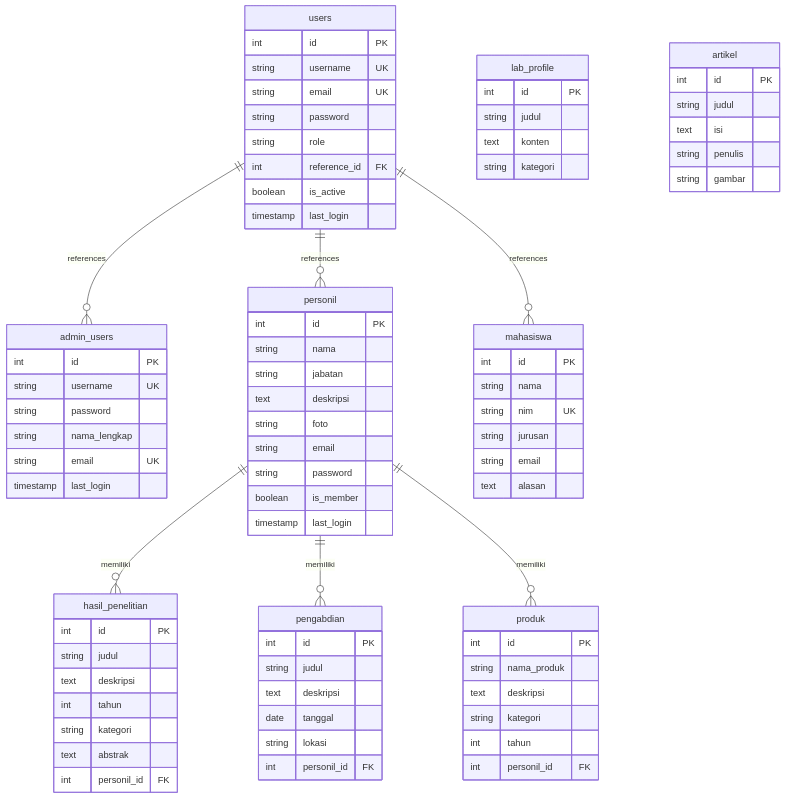
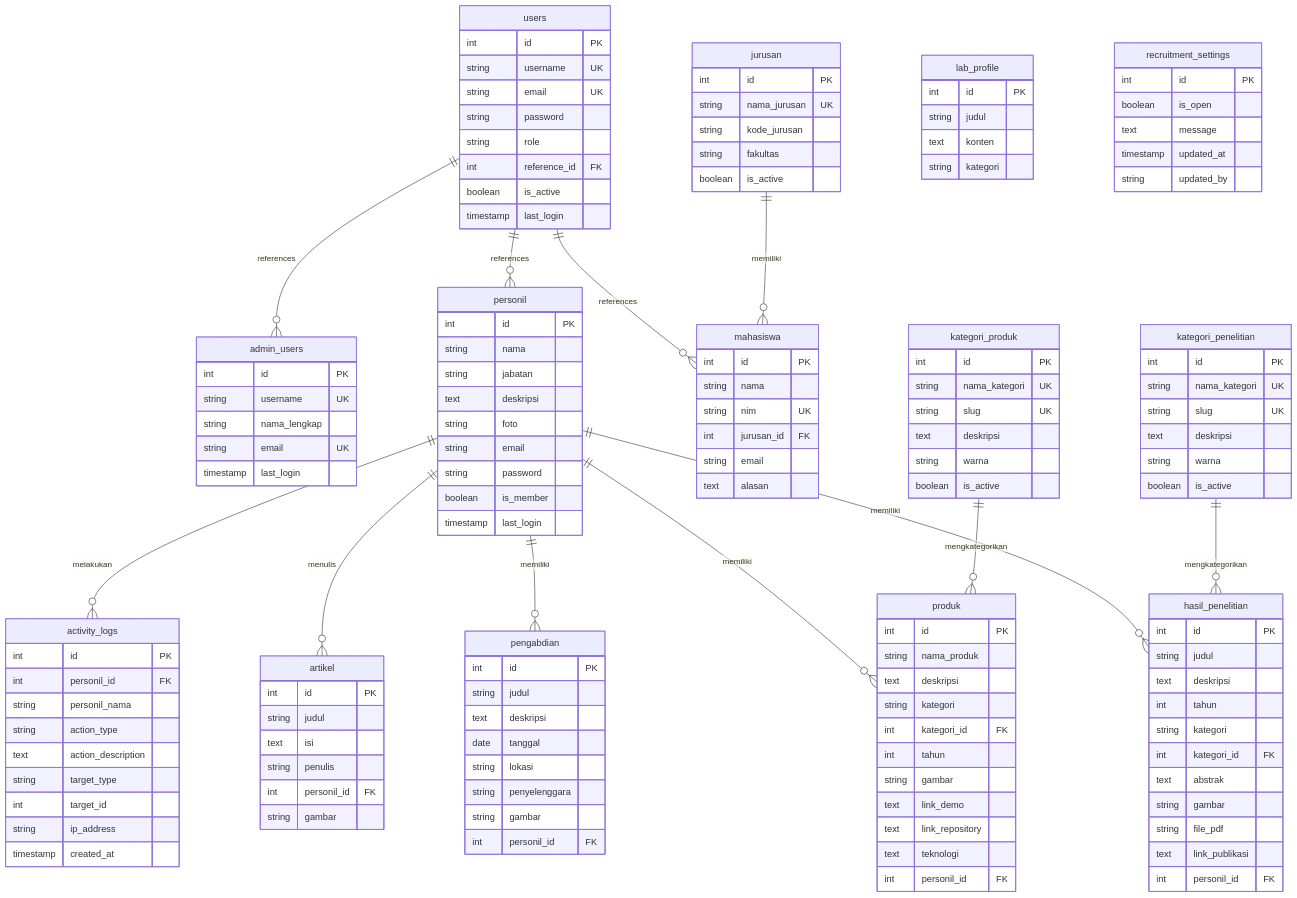
Before and after one commit to sleepyarya/labse_web: the diagram in README.md, drawn with Mermaid. The commit also changed other lines of this file and 98 other files, not shown here.

````diff
--- a/README.md
+++ b/README.md
@@ -466,6 +590,12 @@
     personil ||--o{ hasil_penelitian : "memiliki"
     personil ||--o{ pengabdian : "memiliki"
     personil ||--o{ produk : "memiliki"
+    personil ||--o{ artikel : "menulis"
+    personil ||--o{ activity_logs : "melakukan"
+    
+    kategori_penelitian ||--o{ hasil_penelitian : "mengkategorikan"
+    kategori_produk ||--o{ produk : "mengkategorikan"
+    jurusan ||--o{ mahasiswa : "memiliki"
     
     users {
         int id PK
@@ -481,7 +611,6 @@
     admin_users {
         int id PK
         string username UK
-        string password
         string nama_lengkap
         string email UK
         timestamp last_login
@@ -503,7 +632,7 @@
         int id PK
         string nama
         string nim UK
-        string jurusan
+        int jurusan_id FK
         string email
         text alasan
     }
@@ -514,7 +643,11 @@
         text deskripsi
         int tahun
         string kategori
+        int kategori_id FK
         text abstrak
+        string gambar
+        string file_pdf
+        text link_publikasi
         int personil_id FK
     }
     
@@ -524,6 +657,8 @@
         text deskripsi
         date tanggal
         string lokasi
+        string penyelenggara
+        string gambar
         int personil_id FK
     }
     
@@ -532,8 +667,22 @@
         string nama_produk
         text deskripsi
         string kategori
+        int kategori_id FK
         int tahun
+        string gambar
+        text link_demo
+        text link_repository
+        text teknologi
         int personil_id FK
+    }
+    
+    artikel {
+        int id PK
+        string judul
+        text isi
+        string penulis
+        int personil_id FK
+        string gambar
     }
     
     lab_profile {
@@ -543,11 +692,49 @@
         string kategori
     }
     
-    artikel {
+    recruitment_settings {
         int id PK
-        string judul
-        text isi
-        string penulis
-        string gambar
+        boolean is_open
+        text message
+        timestamp updated_at
+        string updated_by
+    }
+    
+    activity_logs {
+        int id PK
+        int personil_id FK
+        string personil_nama
+        string action_type
+        text action_description
+        string target_type
+        int target_id
+        string ip_address
+        timestamp created_at
+    }
+    
+    kategori_penelitian {
+        int id PK
+        string nama_kategori UK
+        string slug UK
+        text deskripsi
+        string warna
+        boolean is_active
+    }
+    
+    kategori_produk {
+        int id PK
+        string nama_kategori UK
+        string slug UK
+        text deskripsi
+        string warna
+        boolean is_active
+    }
+    
+    jurusan {
+        int id PK
+        string nama_jurusan UK
+        string kode_jurusan
+        string fakultas
+        boolean is_active
     }
 ```
````
